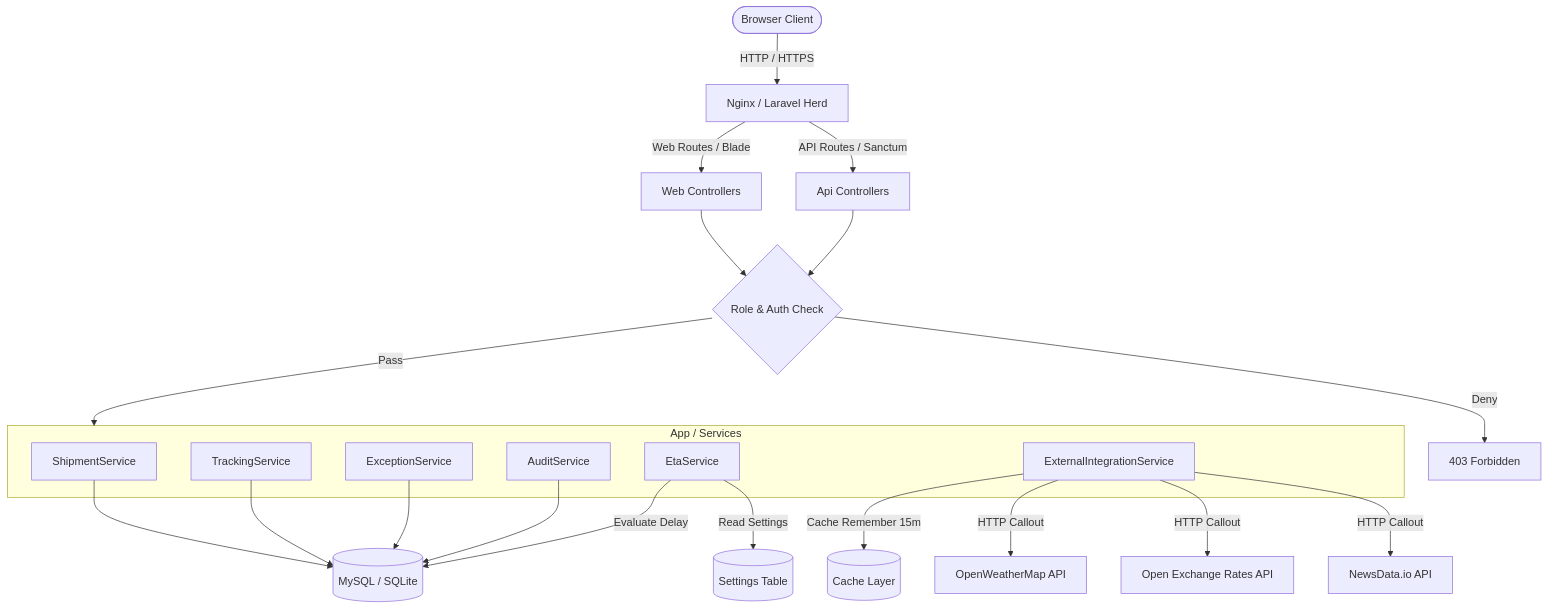
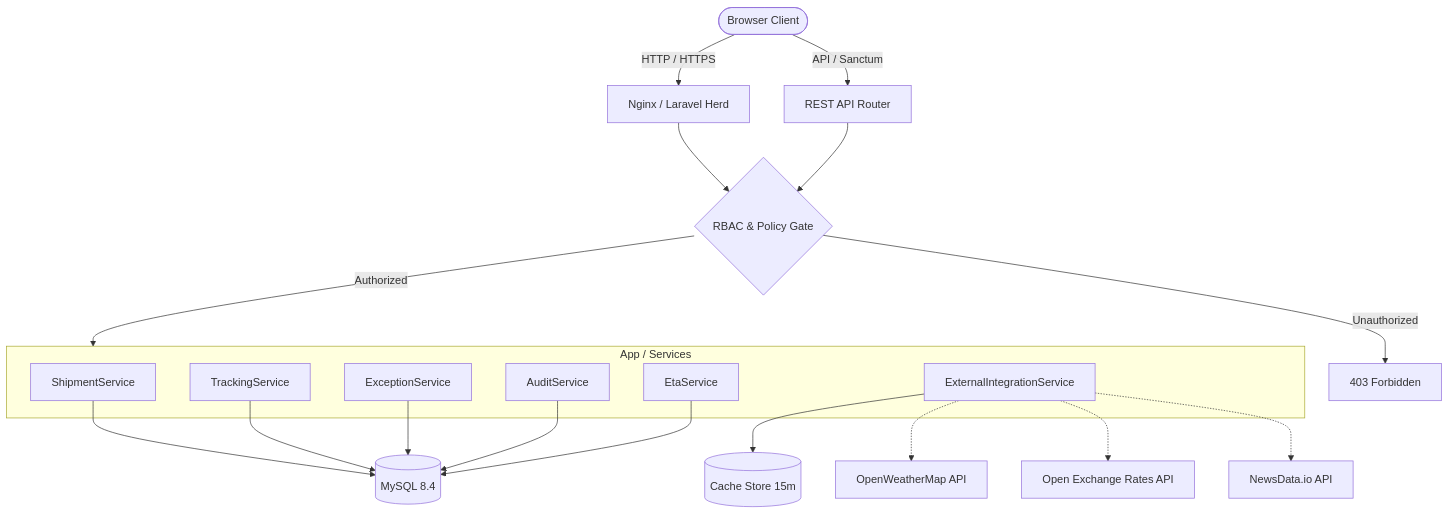
One commit to rapiewww/cargotrace changed the first of 2 diagrams in README.md. Above: the diagram before and after it, drawn with Mermaid. The commit also changed other lines of this file and 172 other files, not shown here.

````diff
--- a/README.md
+++ b/README.md
@@ -70,34 +43,31 @@
 ```mermaid
 graph TD
     User([Browser Client]) -->|HTTP / HTTPS| WebServer[Nginx / Laravel Herd]
-    WebServer -->|Web Routes / Blade| WebCtrl[Web Controllers]
-    WebServer -->|API Routes / Sanctum| ApiCtrl[Api Controllers]
+    User -->|API / Sanctum| ApiServer[REST API Router]
 
-    WebCtrl --> AuthMiddleware{Role & Auth Check}
-    ApiCtrl --> AuthMiddleware
+    WebServer --> RbacCheck{RBAC & Policy Gate}
+    ApiServer --> RbacCheck
 
-    AuthMiddleware -->|Pass| ServiceLayer[Application Service Layer]
-    AuthMiddleware -->|Deny| Error403[403 Forbidden]
+    RbacCheck -->|Authorized| ServiceLayer[Application Service Layer]
+    RbacCheck -->|Unauthorized| Deny403[403 Forbidden]
 
     subgraph ServiceLayer [App / Services]
         ShipmentService[ShipmentService]
+        EtaService[EtaService]
         TrackingService[TrackingService]
-        EtaService[EtaService]
         ExceptionService[ExceptionService]
         ExternalService[ExternalIntegrationService]
         AuditService[AuditService]
     end
 
-    ShipmentService --> Database[(MySQL / SQLite)]
+    ShipmentService --> Database[(MySQL 8.4)]
     TrackingService --> Database
     ExceptionService --> Database
     AuditService --> Database
+    EtaService --> Database
 
-    EtaService -->|Evaluate Delay| Database
-    EtaService -->|Read Settings| SettingsTable[(Settings Table)]
-
-    ExternalService -->|Cache Remember 15m| AppCache[(Cache Layer)]
-    ExternalService -->|HTTP Callout| OpenWeather[OpenWeatherMap API]
-    ExternalService -->|HTTP Callout| ExchangeRates[Open Exchange Rates API]
-    ExternalService -->|HTTP Callout| NewsApi[NewsData.io API]
+    ExternalService --> Cache[(Cache Store 15m)]
+    ExternalService -.-> OpenWeather[OpenWeatherMap API]
+    ExternalService -.-> OpenExchange[Open Exchange Rates API]
+    ExternalService -.-> NewsData[NewsData.io API]
 ```
````
